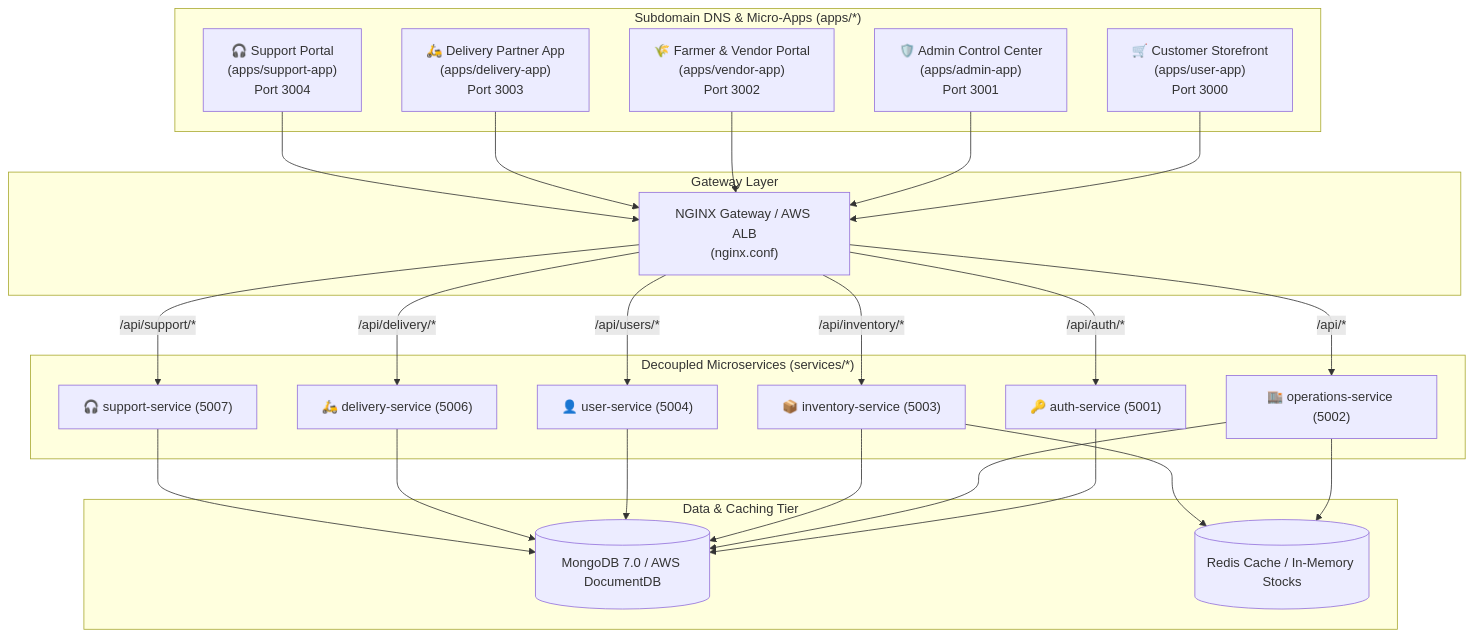
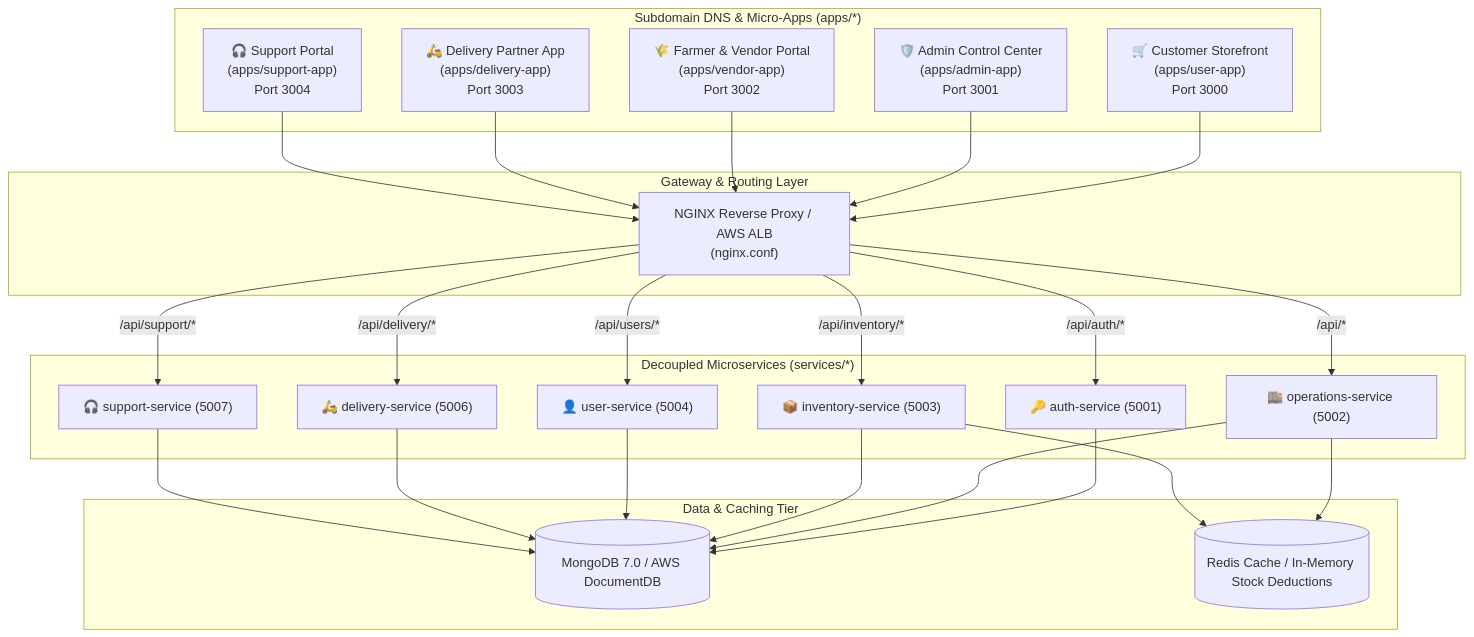
The first of 2 diagrams in ARCHITECTURE_AND_FLOW.md (valivarthi007/sunotal_fullstk), drawn with Mermaid before and after one commit. The commit also changed other lines of this file and 2 other files, not shown here.

Commit message:
docs: add hyper-exhaustive architecture, configuration, Nginx, and DevOps manual documentation

````diff
--- a/ARCHITECTURE_AND_FLOW.md
+++ b/ARCHITECTURE_AND_FLOW.md
@@ -11,40 +11,40 @@
 ```mermaid
 graph TD
     subgraph ClientLayer ["Subdomain DNS & Micro-Apps (apps/*)"]
         UserApp["🛒 Customer Storefront<br/>(apps/user-app)<br/>Port 3000"]
         AdminApp["🛡️ Admin Control Center<br/>(apps/admin-app)<br/>Port 3001"]
         VendorApp["🌾 Farmer & Vendor Portal<br/>(apps/vendor-app)<br/>Port 3002"]
         DeliveryApp["🛵 Delivery Partner App<br/>(apps/delivery-app)<br/>Port 3003"]
         SupportApp["🎧 Support Portal<br/>(apps/support-app)<br/>Port 3004"]
     end
 
-    subgraph ApiGateway ["Gateway Layer"]
-        Gateway["NGINX Gateway / AWS ALB<br/>(nginx.conf)"]
+    subgraph ApiGateway ["Gateway & Routing Layer"]
+        Gateway["NGINX Reverse Proxy / AWS ALB<br/>(nginx.conf)"]
     end
 
     subgraph BackendMicroservices ["Decoupled Microservices (services/*)"]
         AuthSvc["🔑 auth-service (5001)"]
         OpsSvc["🏬 operations-service (5002)"]
         InvSvc["📦 inventory-service (5003)"]
         UserSvc["👤 user-service (5004)"]
         DelSvc["🛵 delivery-service (5006)"]
         SuppSvc["🎧 support-service (5007)"]
     end
 
     subgraph StorageTier ["Data & Caching Tier"]
         Mongo[("MongoDB 7.0 / AWS DocumentDB")]
-        Redis[("Redis Cache / In-Memory Stocks")]
+        Redis[("Redis Cache / In-Memory Stock Deductions")]
     end
 
     UserApp & AdminApp & VendorApp & DeliveryApp & SupportApp --> Gateway
 
     Gateway -- "/api/auth/*" --> AuthSvc
     Gateway -- "/api/inventory/*" --> InvSvc
     Gateway -- "/api/users/*" --> UserSvc
     Gateway -- "/api/delivery/*" --> DelSvc
     Gateway -- "/api/support/*" --> SuppSvc
     Gateway -- "/api/*" --> OpsSvc
 
     AuthSvc & OpsSvc & InvSvc & UserSvc & DelSvc & SuppSvc --> Mongo
     OpsSvc & InvSvc --> Redis
 ```
````
